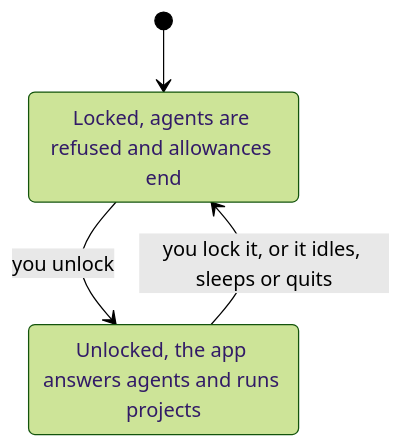
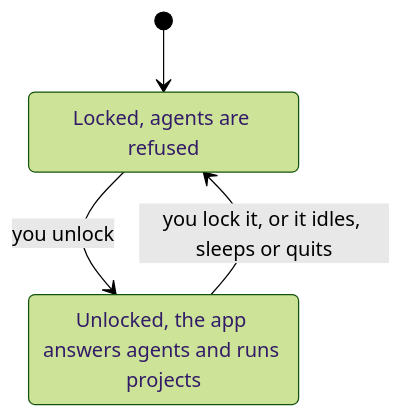
One commit to notinferred/keypaste changed the first of 2 diagrams in site/web/src/content/docs/products/desktop-app.mdx. Above: the diagram before and after it, drawn with Mermaid (forest theme). The commit also changed other lines of this file and 255 other files, not shown here.

````diff
--- a/site/web/src/content/docs/products/desktop-app.mdx
+++ b/site/web/src/content/docs/products/desktop-app.mdx
@@ -16,8 +16,8 @@
 ```mermaid
 stateDiagram-v2
   [*] --> Locked
   Locked --> Unlocked: you unlock
   Unlocked --> Locked: you lock it, or it idles, sleeps or quits
-  Locked: Locked, agents are refused and allowances end
+  Locked: Locked, agents are refused
   Unlocked: Unlocked, the app answers agents and runs projects
 ```
````
